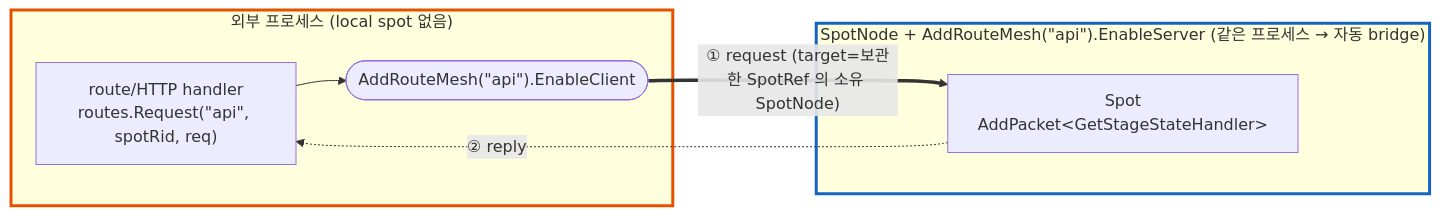
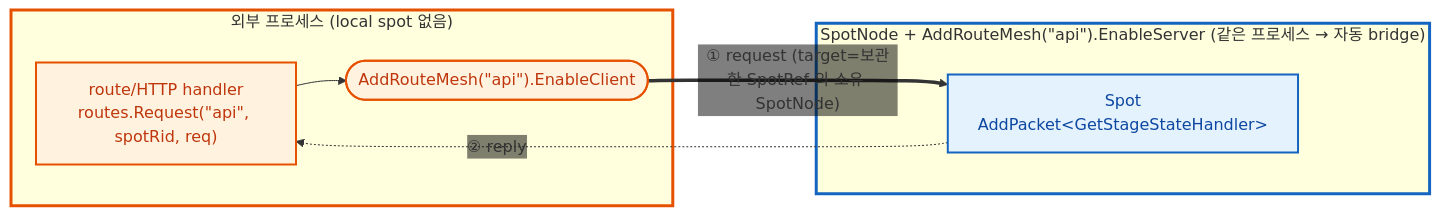
The eighth of 8 diagrams in framework/doc/framework/dotnet/guide/05-spot.ko.md (kairos-code-dev/zlink), drawn with Mermaid before and after one commit. The commit also changed other lines of this file and 19 other files, not shown here.

First line of the commit message:
docs(dotnet): 가이드 전반 노드 용어 정리·SpotRef 반영·다이어그램 배경 수정

````diff
--- a/framework/doc/framework/dotnet/guide/05-spot.ko.md
+++ b/framework/doc/framework/dotnet/guide/05-spot.ko.md
@@ -947,15 +958,20 @@
 ```mermaid
+%%{init: {'themeVariables': {'edgeLabelBackground':'transparent'}}}%%
 flowchart LR
   subgraph ext["외부 프로세스 (local spot 없음)"]
     h["route/HTTP handler<br/>routes.Request(&quot;api&quot;, spotRid, req)"]
     c(["AddRouteMesh(&quot;api&quot;).EnableClient"])
     h --> c
   end
   subgraph sn["SpotNode + AddRouteMesh(&quot;api&quot;).EnableServer (같은 프로세스 → 자동 bridge)"]
     sp["Spot<br/>AddPacket&lt;GetStageStateHandler&gt;"]
   end
   c ==>|"① request (target=보관한 SpotRef 의 소유 SpotNode)"| sp
   sp -.->|"② reply"| h
+  classDef ownMesh fill:#e3f2fd,stroke:#1565c0,stroke-width:2px,color:#0d47a1;
+  classDef extNode fill:#fff3e0,stroke:#e65100,stroke-width:2px,color:#bf360c;
+  class sp ownMesh;
+  class h,c extNode;
   style sn stroke:#1565c0,stroke-width:3px
   style ext stroke:#e65100,stroke-width:3px
 ```
````
